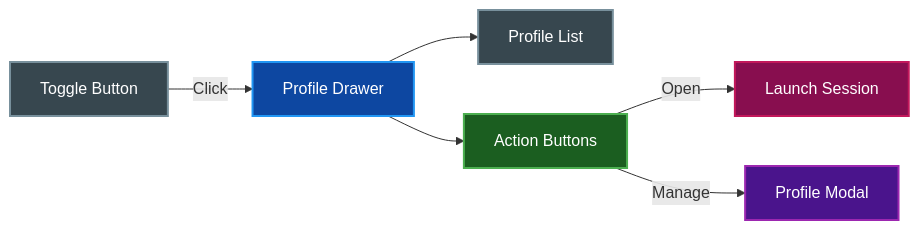
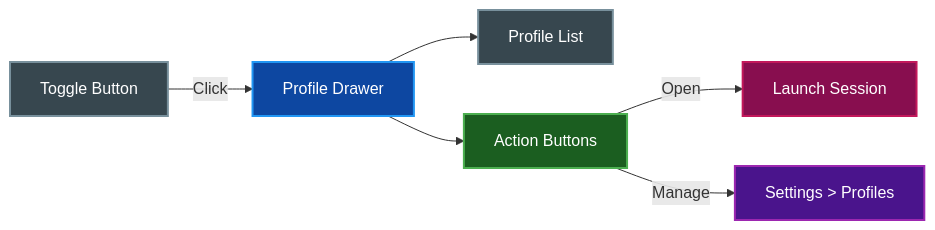
Before and after one commit to paulrobello/par-term: the second of 2 diagrams in docs/PROFILES.md, drawn with Mermaid. The commit also changed other lines of this file and 14 other files, not shown here.

````diff
--- a/docs/PROFILES.md
+++ b/docs/PROFILES.md
@@ -79,20 +100,20 @@
 ```mermaid
 flowchart LR
     Toggle[Toggle Button]
     Drawer[Profile Drawer]
     List[Profile List]
     Actions[Action Buttons]
 
     Toggle -->|Click| Drawer
     Drawer --> List
     Drawer --> Actions
     Actions -->|Open| Launch[Launch Session]
-    Actions -->|Manage| Modal[Profile Modal]
+    Actions -->|Manage| Settings[Settings > Profiles]
 
     style Toggle fill:#37474f,stroke:#78909c,stroke-width:2px,color:#ffffff
     style Drawer fill:#0d47a1,stroke:#2196f3,stroke-width:2px,color:#ffffff
     style List fill:#37474f,stroke:#78909c,stroke-width:2px,color:#ffffff
     style Actions fill:#1b5e20,stroke:#4caf50,stroke-width:2px,color:#ffffff
     style Launch fill:#880e4f,stroke:#c2185b,stroke-width:2px,color:#ffffff
-    style Modal fill:#4a148c,stroke:#9c27b0,stroke-width:2px,color:#ffffff
+    style Settings fill:#4a148c,stroke:#9c27b0,stroke-width:2px,color:#ffffff
 ```
````
